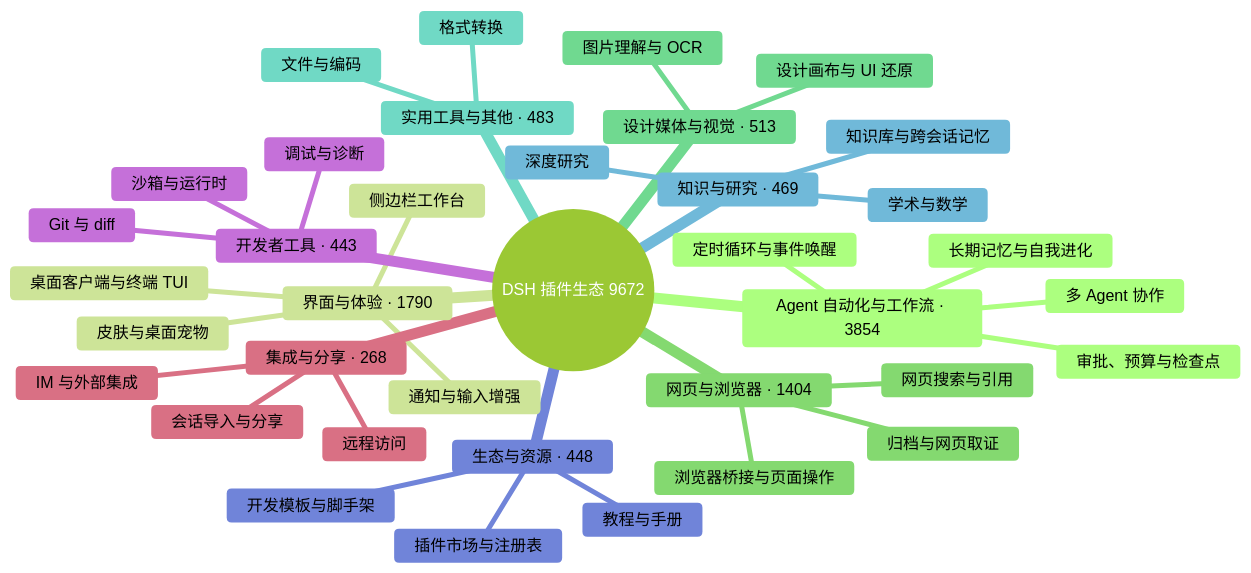
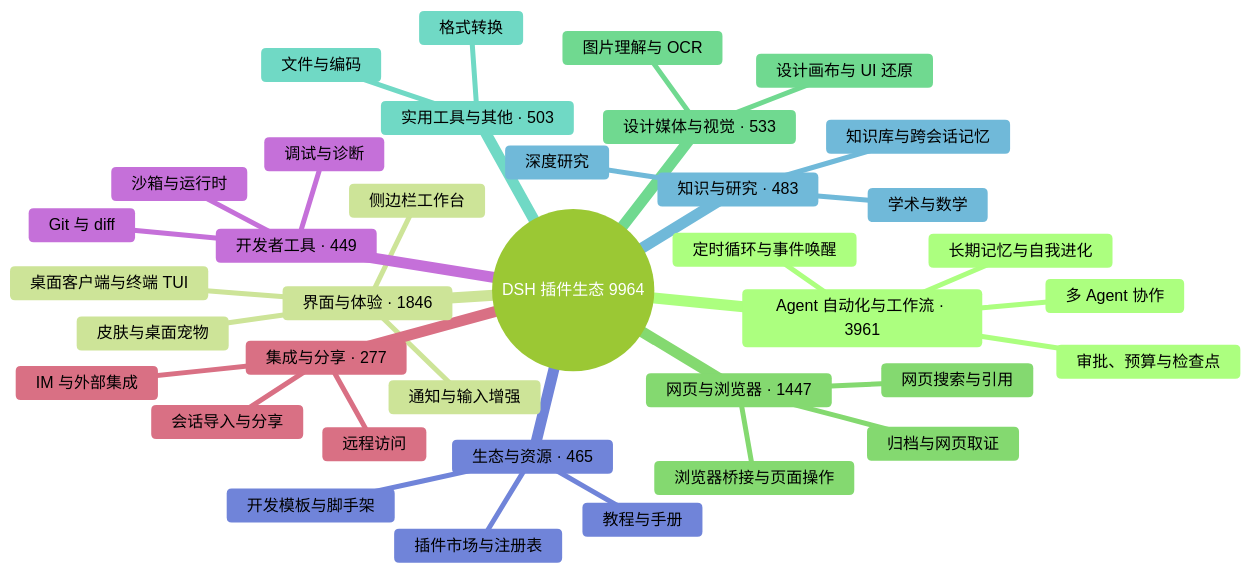
One commit to bruc3van/awesome-dsh-plugin changed the diagram in README.md. Above: the diagram before and after it, drawn with Mermaid (forest theme). The commit also changed other lines of this file and 18 other files, not shown here.

````diff
--- a/README.md
+++ b/README.md
@@ -32,40 +32,40 @@
 ```mermaid
 mindmap
-  root((DSH 插件生态 9672))
-    Agent 自动化与工作流 · 3854
+  root((DSH 插件生态 9964))
+    Agent 自动化与工作流 · 3961
       定时循环与事件唤醒
       多 Agent 协作
       长期记忆与自我进化
       审批、预算与检查点
-    界面与体验 · 1790
+    界面与体验 · 1846
       桌面客户端与终端 TUI
       侧边栏工作台
       皮肤与桌面宠物
       通知与输入增强
-    网页与浏览器 · 1404
+    网页与浏览器 · 1447
       浏览器桥接与页面操作
       网页搜索与引用
       归档与网页取证
-    设计媒体与视觉 · 513
+    设计媒体与视觉 · 533
       图片理解与 OCR
       设计画布与 UI 还原
-    实用工具与其他 · 483
+    实用工具与其他 · 503
       文件与编码
       格式转换
-    知识与研究 · 469
+    知识与研究 · 483
       知识库与跨会话记忆
       深度研究
       学术与数学
-    生态与资源 · 448
+    生态与资源 · 465
       插件市场与注册表
       开发模板与脚手架
       教程与手册
-    开发者工具 · 443
+    开发者工具 · 449
       Git 与 diff
       沙箱与运行时
       调试与诊断
-    集成与分享 · 268
+    集成与分享 · 277
       会话导入与分享
       远程访问
       IM 与外部集成
 ```
````
